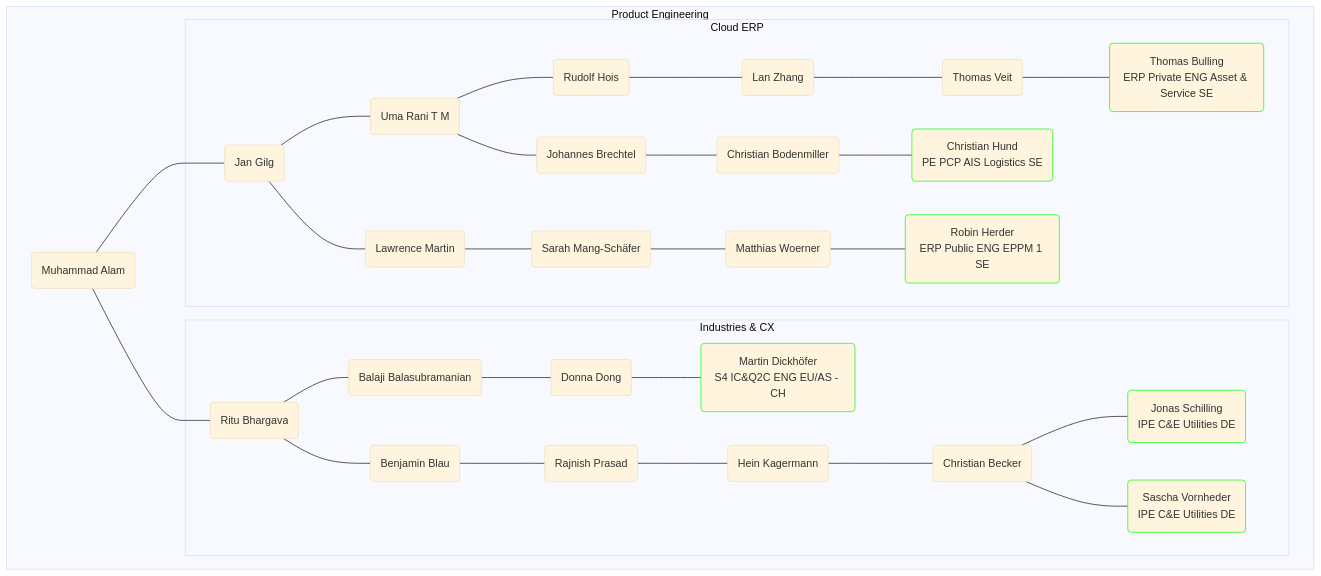
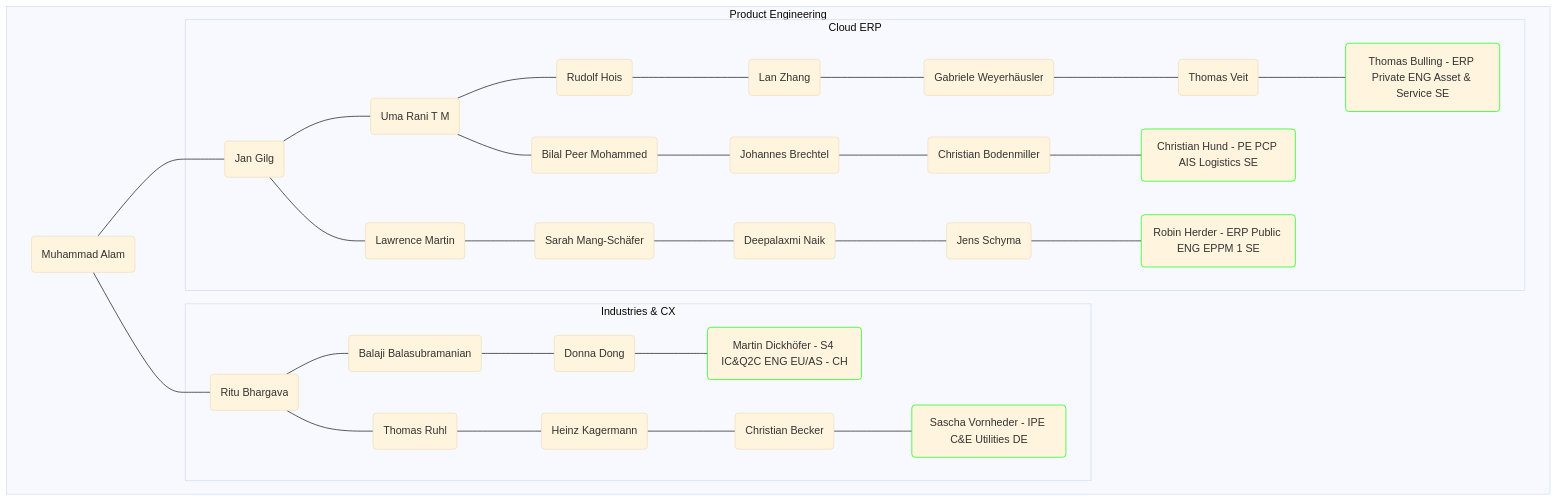
Before and after one commit to appenmaier/vt_markdorf: the second of 3 diagrams in contacts.md, drawn with Mermaid (base theme). The commit also changed other lines of this file, not shown here.

````diff
--- a/contacts.md
+++ b/contacts.md
@@ -43,66 +43,67 @@
 ```mermaid
 flowchart TD
     ts --- jg
     ts --- rb
     jg --- ur
     jg --- lm
     ur --- rh2
-    ur --- jb
+    bm --- jb
+    ur --- bm
     rh2 --- lz
-    lz --- tv
+    lz --- gw
+    gw --- tv
     jb --- cb
     lm --- sm
-    sm --- mw
+    sm --- dw
     rb --- bb
-    rb --- bb2
     bb --- dd
     dd --- md
-    bb2 --- rp
-    rp --- hk
+    rb --- tr
+    tr --- hk
     hk --- cb2
     tv --- tb
-    mw --- rh
-    cb2 --- js
+    dw --- js2
+    js2 --- rh
     cb2 --- sv    
     cb --- ch  
 
     subgraph Product Engineering
         ts(Muhammad Alam)
 
         subgraph Cloud ERP
-            tb(Thomas Bulling\nERP Private ENG Asset & Service SE)
-            rh(Robin Herder\nERP Public ENG EPPM 1 SE)
+            tb(Thomas Bulling - ERP Private ENG Asset & Service SE)
+            rh(Robin Herder - ERP Public ENG EPPM 1 SE)
             tv(Thomas Veit)
+            gw(Gabriele Weyerhäusler)
             lz(Lan Zhang)
             rh2(Rudolf Hois)    
             ur(Uma Rani T M)
             jg(Jan Gilg)        
             cb(Christian Bodenmiller)
             jb(Johannes Brechtel)
-            mw(Matthias Woerner)
+            dw(Deepalaxmi Naik)
             sm(Sarah Mang-Schäfer)
             lm(Lawrence Martin)
-            ch(Christian Hund\nPE PCP AIS Logistics SE)
+            js2(Jens Schyma)
+            ch(Christian Hund - PE PCP AIS Logistics SE)
+            bm(Bilal Peer Mohammed)
         end
 
         subgraph Industries & CX
-            md(Martin Dickhöfer\nS4 IC&Q2C ENG EU/AS - CH)
+            md(Martin Dickhöfer - S4 IC&Q2C ENG EU/AS - CH)
             dd(Donna Dong)
             bb(Balaji Balasubramanian)
             rb(Ritu Bhargava)
             cb2(Christian Becker)
-            hk(Hein Kagermann)
-            rp(Rajnish Prasad)
-            bb2(Benjamin Blau)
-            js(Jonas Schilling\nIPE C&E Utilities DE)
-            sv(Sascha Vornheder\nIPE C&E Utilities DE)
+            hk(Heinz Kagermann)
+            tr(Thomas Ruhl)
+            sv(Sascha Vornheder - IPE C&E Utilities DE)
         end
     end
 
     style tb stroke:#0f0
     style rh stroke:#0f0
-    style js stroke:#0f0
     style md stroke:#0f0
     style ch stroke:#0f0
     style sv stroke:#0f0
 ```
````
